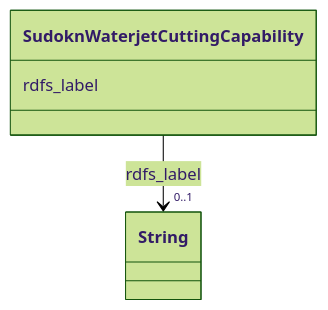
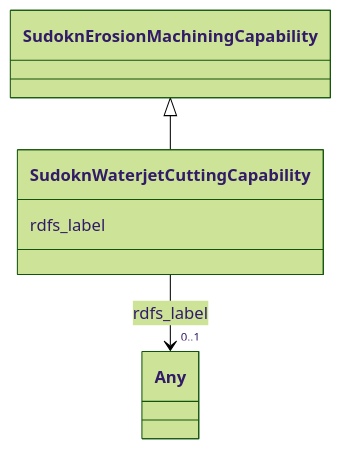
One commit to frink-okn/graph-descriptions changed the diagram in sudokn-kg/classes/SudoknWaterjetCuttingCapability.md. Above: the diagram before and after it, drawn with Mermaid (forest theme). The commit also changed other lines of this file and 903 other files, not shown here.

````diff
--- a/sudokn-kg/classes/SudoknWaterjetCuttingCapability.md
+++ b/sudokn-kg/classes/SudoknWaterjetCuttingCapability.md
@@ -23,15 +18,18 @@
 ```mermaid
  classDiagram
     class SudoknWaterjetCuttingCapability
     click SudoknWaterjetCuttingCapability href "../SudoknWaterjetCuttingCapability"
+      SudoknErosionMachiningCapability <|-- SudoknWaterjetCuttingCapability
+        click SudoknErosionMachiningCapability href "../SudoknErosionMachiningCapability"
+      
       SudoknWaterjetCuttingCapability : rdfs_label
         
           
     
     
-    SudoknWaterjetCuttingCapability --> "0..1" String : rdfs_label
-    click String href "../String"
+    SudoknWaterjetCuttingCapability --> "0..1" Any : rdfs_label
+    click Any href "../Any"
 
         
       
 ```
````
